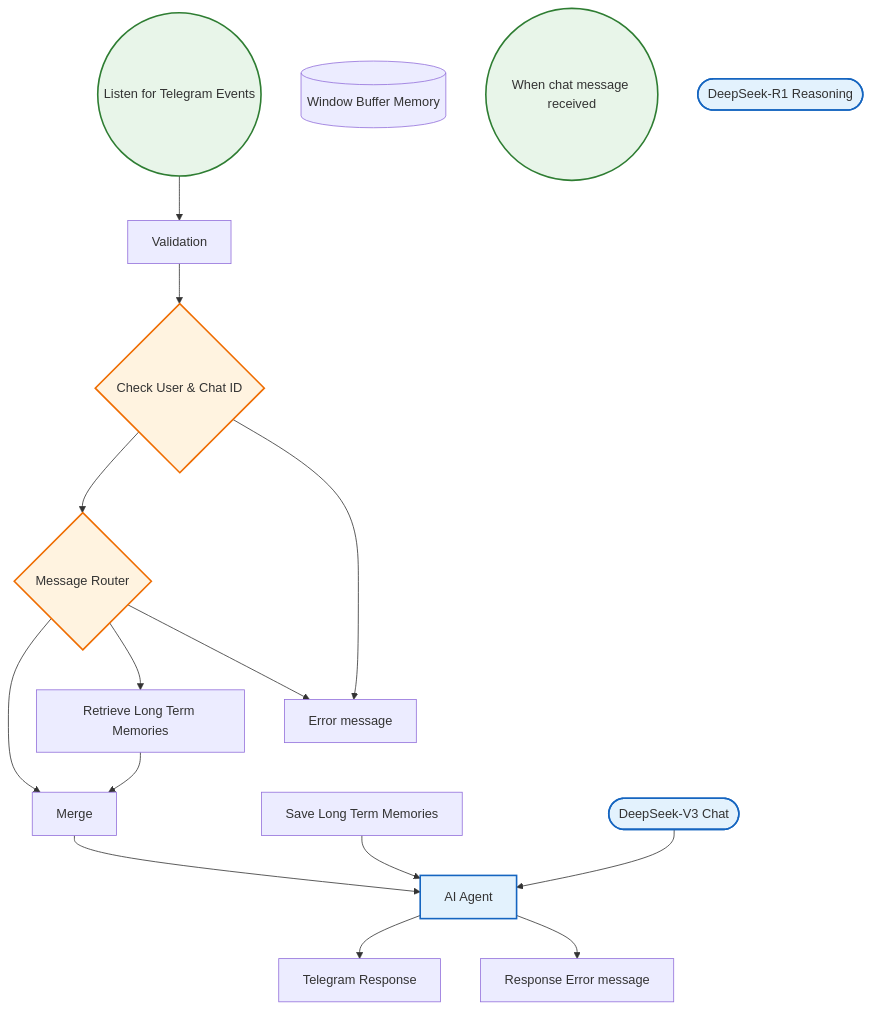
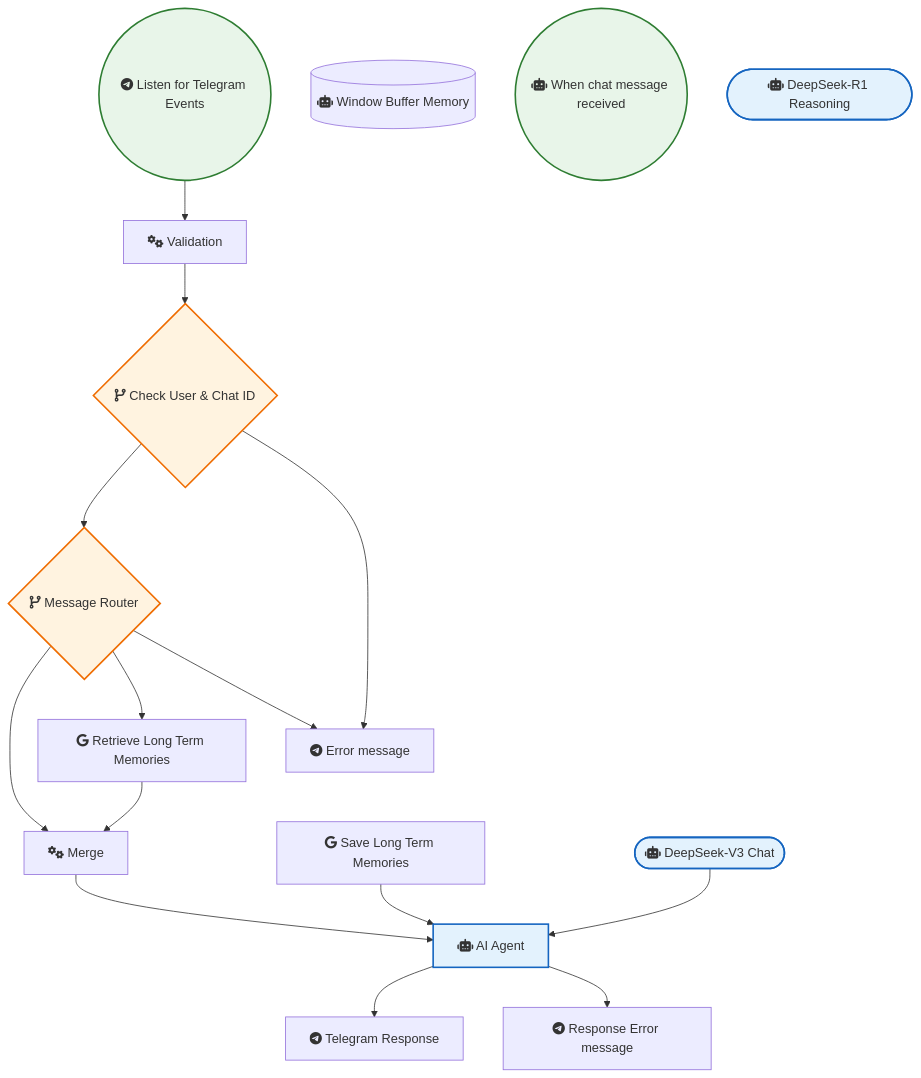
One commit to sreyash3105/N8N-DEMO-AUTOMATIONS changed the diagram in Telegram/Deepseek Ai Agent Telegram Long Term Memory.md. Above: the diagram before and after it, drawn with Mermaid. The commit also changed 291 other files, not shown here.

````diff
--- a/Telegram/Deepseek Ai Agent Telegram Long Term Memory.md
+++ b/Telegram/Deepseek Ai Agent Telegram Long Term Memory.md
@@ -1,36 +1,36 @@
 ```mermaid
 graph TD
     classDef trigger fill:#e8f5e9,stroke:#2e7d32,stroke-width:2px;
     classDef ai fill:#e3f2fd,stroke:#1565c0,stroke-width:2px;
     classDef logic fill:#fff3e0,stroke:#ef6c00,stroke-width:2px;
 
-    Check_User___Chat_ID{"Check User & Chat ID"}:::logic
-    Error_message["Error message"]
-    Listen_for_Telegram_Events(("Listen for Telegram Events")):::trigger
-    Validation["Validation"]
-    Message_Router{"Message Router"}:::logic
-    AI_Agent["AI Agent"]:::ai
-    Merge["Merge"]
-    Window_Buffer_Memory[("Window Buffer Memory")]
-    When_chat_message_received(("When chat message received")):::trigger
-    Telegram_Response["Telegram Response"]
-    Save_Long_Term_Memories["Save Long Term Memories"]
-    Retrieve_Long_Term_Memories["Retrieve Long Term Memories"]
-    Response_Error_message["Response Error message"]
-    DeepSeek_R1_Reasoning(["DeepSeek-R1 Reasoning"]):::ai
-    DeepSeek_V3_Chat(["DeepSeek-V3 Chat"]):::ai
+    Check_User___Chat_ID{"fas:fa-code-branch Check User & Chat ID"}:::logic
+    Error_message["fab:fa-telegram Error message"]
+    Listen_for_Telegram_Events(("fab:fa-telegram Listen for Telegram Events")):::trigger
+    Validation["fas:fa-cogs Validation"]
+    Message_Router{"fas:fa-code-branch Message Router"}:::logic
+    AI_Agent["fas:fa-robot AI Agent"]:::ai
+    Merge["fas:fa-cogs Merge"]
+    Window_Buffer_Memory[("fas:fa-robot Window Buffer Memory")]
+    When_chat_message_received(("fas:fa-robot When chat message received")):::trigger
+    Telegram_Response["fab:fa-telegram Telegram Response"]
+    Save_Long_Term_Memories["fab:fa-google Save Long Term Memories"]
+    Retrieve_Long_Term_Memories["fab:fa-google Retrieve Long Term Memories"]
+    Response_Error_message["fab:fa-telegram Response Error message"]
+    DeepSeek_R1_Reasoning(["fas:fa-robot DeepSeek-R1 Reasoning"]):::ai
+    DeepSeek_V3_Chat(["fas:fa-robot DeepSeek-V3 Chat"]):::ai
 
     Merge --> AI_Agent
     AI_Agent --> Telegram_Response
     AI_Agent --> Response_Error_message
     Validation --> Check_User___Chat_ID
     Message_Router --> Merge
     Message_Router --> Retrieve_Long_Term_Memories
     Message_Router --> Error_message
     DeepSeek_V3_Chat --> AI_Agent
     Check_User___Chat_ID --> Message_Router
     Check_User___Chat_ID --> Error_message
     Save_Long_Term_Memories --> AI_Agent
     Listen_for_Telegram_Events --> Validation
     Retrieve_Long_Term_Memories --> Merge
 ```
````
